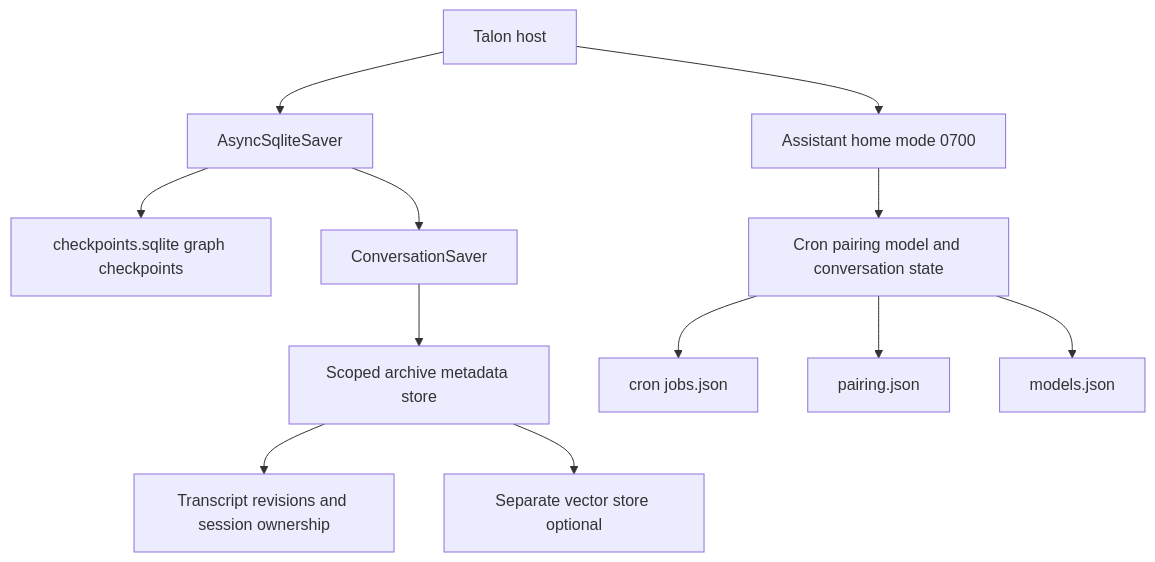
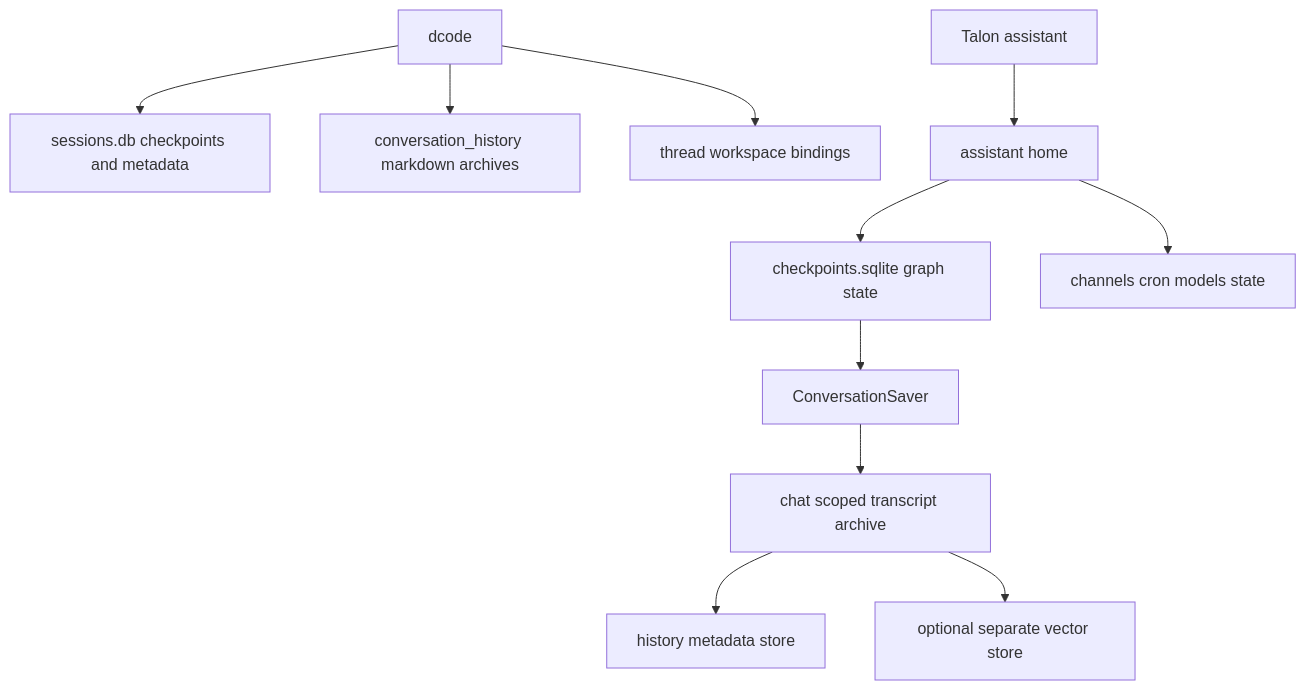
The diagram in openwiki/concepts/state-persistence.md (langchain-ai/deepagents), drawn with Mermaid before and after one commit. The commit also changed other lines of this file and 41 other files, not shown here.

````diff
--- a/openwiki/concepts/state-persistence.md
+++ b/openwiki/concepts/state-persistence.md
@@ -47,14 +53,13 @@
 ```mermaid
 flowchart TD
-    Host["Talon host"] --> Home["Assistant home mode 0700"]
-    Host --> Checkpointer["AsyncSqliteSaver"]
-    Checkpointer --> Checkpoints["checkpoints.sqlite graph checkpoints"]
-    Checkpointer --> Saver["ConversationSaver"]
-    Saver --> Archive["Scoped archive metadata store"]
-    Archive --> Metadata["Transcript revisions and session ownership"]
-    Archive --> Vectors["Separate vector store optional"]
-    Home --> Operational["Cron pairing model and conversation state"]
-    Operational --> Cron["cron jobs.json"]
-    Operational --> Pairing["pairing.json"]
-    Operational --> Models["models.json"]
+    Dcode["dcode"] --> DSession["sessions.db checkpoints and metadata"]
+    Dcode --> DArchive["conversation_history markdown archives"]
+    Dcode --> DWorkspace["thread workspace bindings"]
+    Talon["Talon assistant"] --> THome["assistant home"]
+    THome --> TCheckpoint["checkpoints.sqlite graph state"]
+    THome --> TOps["channels cron models state"]
+    TCheckpoint --> Saver["ConversationSaver"]
+    Saver --> Archive["chat scoped transcript archive"]
+    Archive --> Metadata["history metadata store"]
+    Archive --> Vectors["optional separate vector store"]
 ```
````
